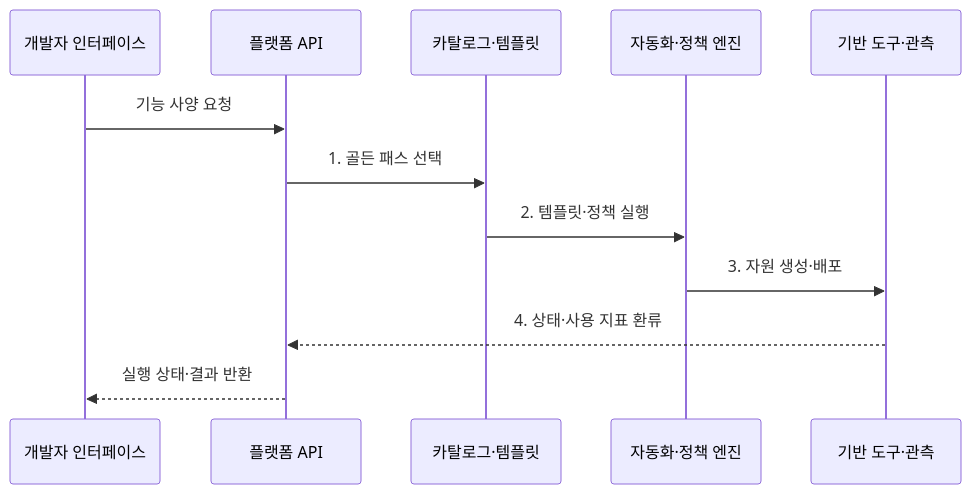
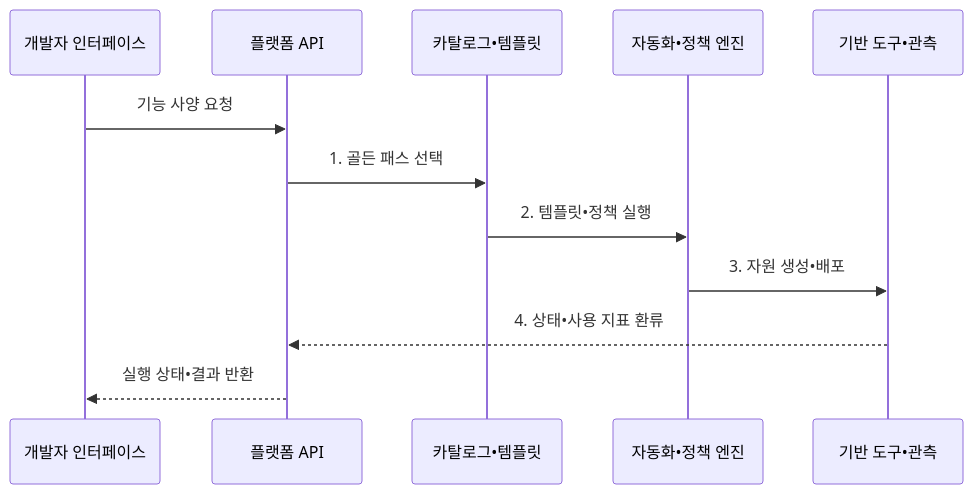
One commit to agnusdei1207/knowledge-base changed the second of 2 diagrams in src/content/docs/notes/08-latest-tech/176_idp.md. Above: the diagram before and after it, drawn with Mermaid. The commit also changed other lines of this file and 953 other files, not shown here.

````diff
--- a/src/content/docs/notes/08-latest-tech/176_idp.md
+++ b/src/content/docs/notes/08-latest-tech/176_idp.md
@@ -105,14 +105,14 @@
 ```mermaid
 sequenceDiagram
   participant D as 개발자 인터페이스
   participant A as 플랫폼 API
-  participant C as 카탈로그·템플릿
-  participant P as 자동화·정책 엔진
-  participant F as 기반 도구·관측
+  participant C as 카탈로그•템플릿
+  participant P as 자동화•정책 엔진
+  participant F as 기반 도구•관측
   D->>A: 기능 사양 요청
   A->>C: 1. 골든 패스 선택
-  C->>P: 2. 템플릿·정책 실행
-  P->>F: 3. 자원 생성·배포
-  F-->>A: 4. 상태·사용 지표 환류
-  A-->>D: 실행 상태·결과 반환
+  C->>P: 2. 템플릿•정책 실행
+  P->>F: 3. 자원 생성•배포
+  F-->>A: 4. 상태•사용 지표 환류
+  A-->>D: 실행 상태•결과 반환
 ```
````
